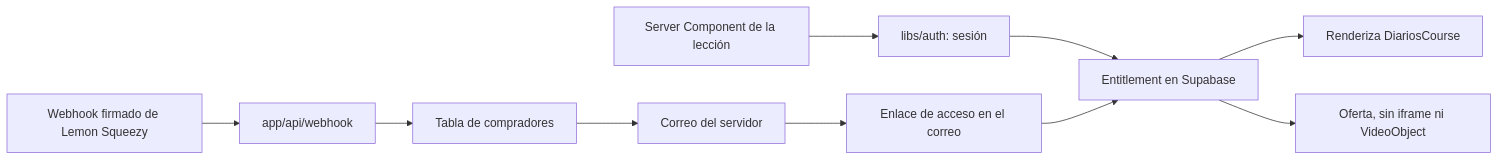
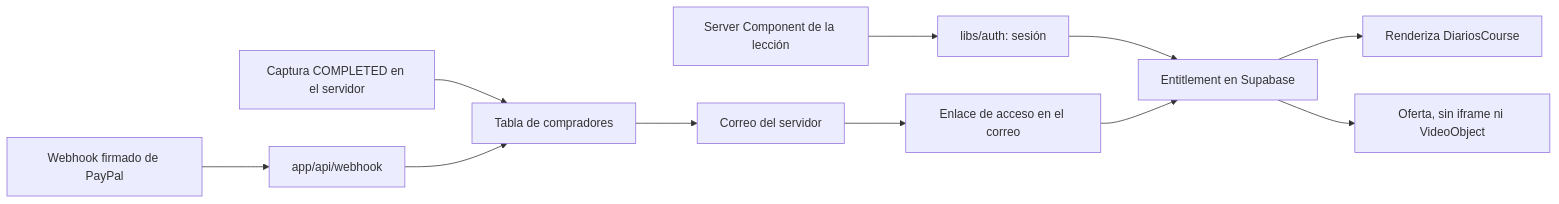
One commit to soyandymorales/iamfenixweb changed the third of 4 diagrams in .cursor/plans/diarios_producto_pago_dc98bdb8.plan.md. Above: the diagram before and after it, drawn with Mermaid. The commit also changed other lines of this file and 44 other files, not shown here.

````diff
--- a/.cursor/plans/diarios_producto_pago_dc98bdb8.plan.md
+++ b/.cursor/plans/diarios_producto_pago_dc98bdb8.plan.md
@@ -243,12 +294,13 @@
 ```mermaid
 flowchart LR
   page["Server Component de la lección"] --> authz["libs/auth: sesión"]
   authz --> ent["Entitlement en Supabase"]
   ent --> allow["Renderiza DiariosCourse"]
   ent --> deny["Oferta, sin iframe ni VideoObject"]
-  lemon["Webhook firmado de Lemon Squeezy"] --> hook["app/api/webhook"]
-  hook --> buyers["Tabla de compradores"]
+  capture["Captura COMPLETED en el servidor"] --> buyers["Tabla de compradores"]
+  paypal["Webhook firmado de PayPal"] --> hook["app/api/webhook"]
+  hook --> buyers
   buyers --> mail["Correo del servidor"]
   mail --> link["Enlace de acceso en el correo"]
   link --> ent
 ```
````
